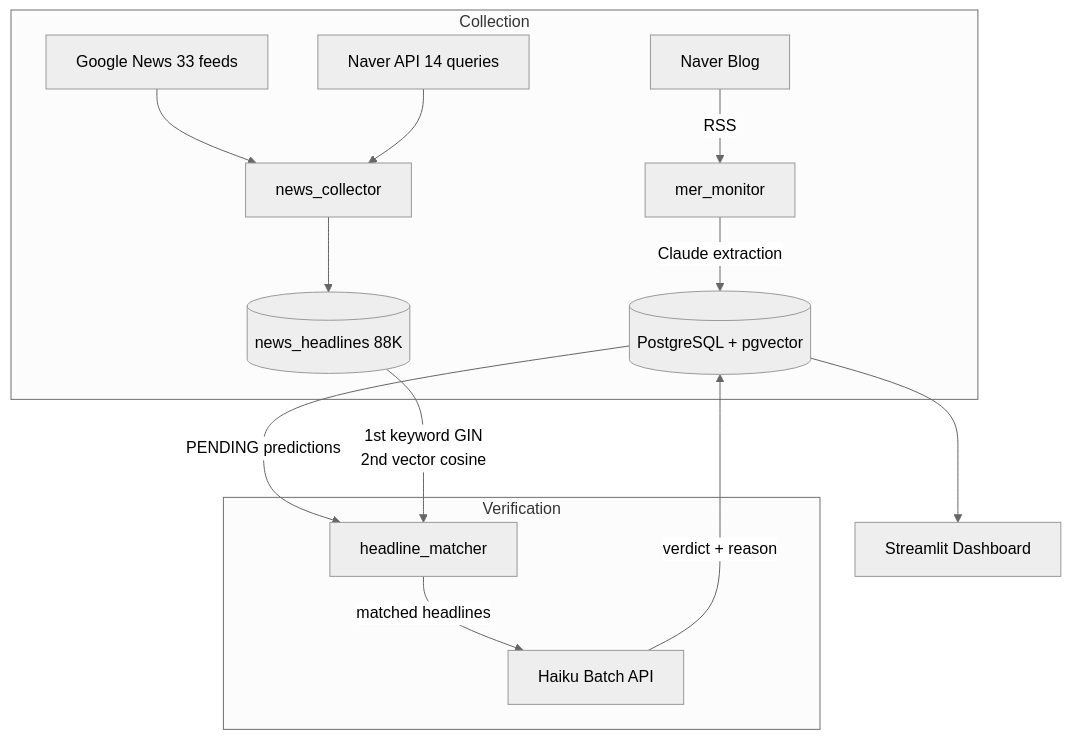
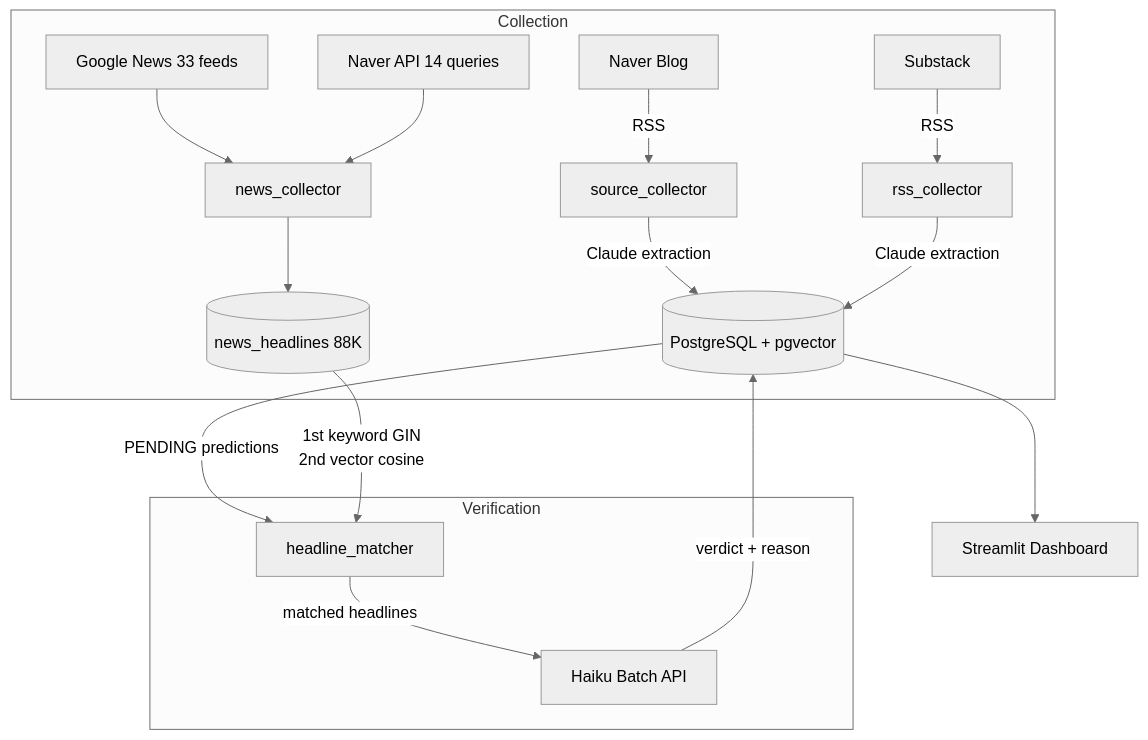
The diagram in README.md (11e3/mer-insight-pipeline), drawn with Mermaid (neutral theme) before and after one commit. The commit also changed other lines of this file and 2 other files, not shown here.

First line of the commit message:
docs: sync README, README_KR, CLAUDE.md with current codebase

````diff
--- a/README.md
+++ b/README.md
@@ -46,19 +55,21 @@
 ```mermaid
 flowchart TD
     subgraph Collection
-        BLOG[Naver Blog] -->|RSS| MON[mer_monitor]
+        BLOG[Naver Blog] -->|RSS| MON[source_collector]
+        SUB[Substack] -->|RSS| RSS[rss_collector]
         MON -->|Claude extraction| DB[(PostgreSQL + pgvector)]
+        RSS -->|Claude extraction| DB
         NEWS_RSS[Google News 33 feeds] --> NC[news_collector]
         NEWS_NAVER[Naver API 14 queries] --> NC
         NC --> NHL[(news_headlines 88K)]
     end
 
     subgraph Verification
         DB -->|PENDING predictions| HM[headline_matcher]
         NHL -->|1st keyword GIN<br>2nd vector cosine| HM
         HM -->|matched headlines| HAIKU[Haiku Batch API]
         HAIKU -->|verdict + reason| DB
     end
 
     DB --> DASH[Streamlit Dashboard]
 ```
````
